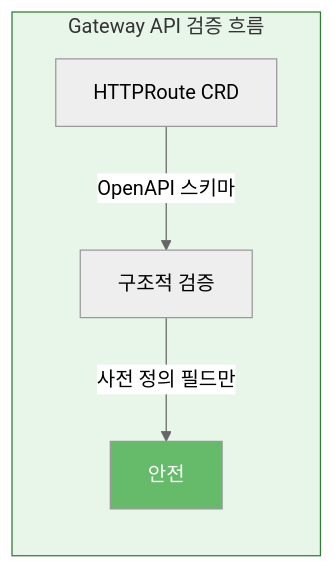
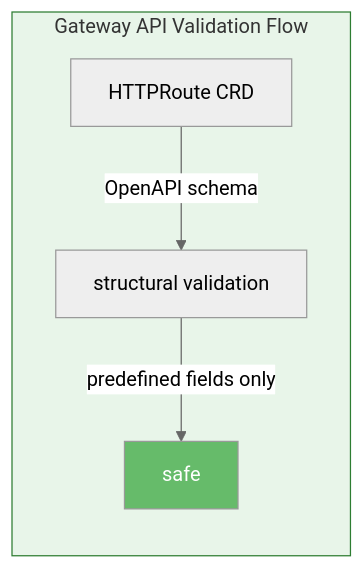
One commit to devfloor9/engineering-playbook changed the fourth of 7 diagrams in docs/eks-best-practices/networking-performance/gateway-api-adoption-guide/index.md. Above: the diagram before and after it, drawn with Mermaid (neutral theme). The commit also changed other lines of this file and 954 other files, not shown here.

````diff
--- a/docs/eks-best-practices/networking-performance/gateway-api-adoption-guide/index.md
+++ b/docs/eks-best-practices/networking-performance/gateway-api-adoption-guide/index.md
@@ -300,12 +300,12 @@
 ```mermaid
 flowchart LR
-    subgraph gw["Gateway API 검증 흐름"]
+    subgraph gw["Gateway API Validation Flow"]
         direction TB
         crd["HTTPRoute CRD"]
-        crd -->|"OpenAPI 스키마"| validate["구조적 검증"]
-        validate -->|"사전 정의 필드만"| safe["안전"]
+        crd -->|"OpenAPI schema"| validate["structural validation"]
+        validate -->|"predefined fields only"| safe["safe"]
     end
 
     style gw fill:#e8f5e9,stroke:#2e7d32
     style safe fill:#66bb6a,color:#fff
 ```
````
